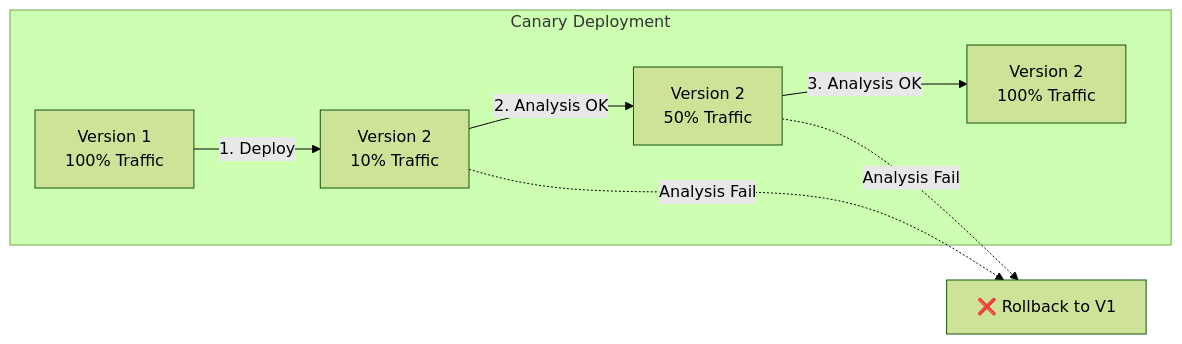
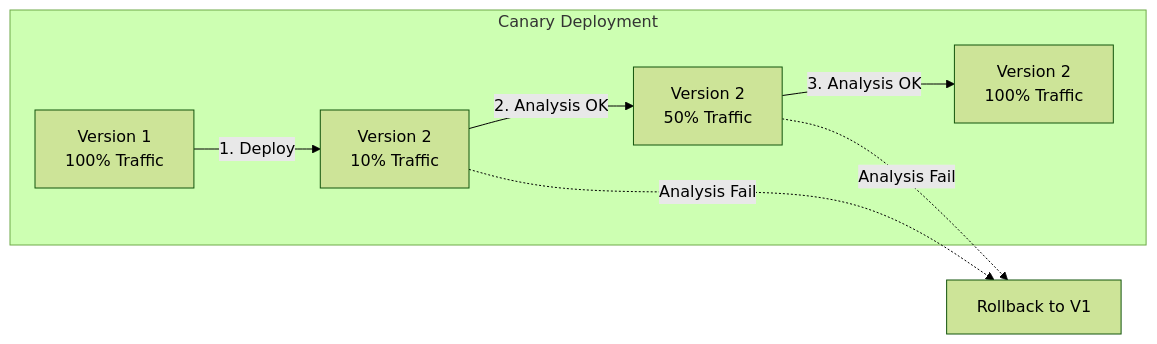
One commit to juwon8891/juwon8891.github.io changed the fourth of 12 diagrams in docs/cicd/week6-argocd-final.md. Above: the diagram before and after it, drawn with Mermaid (forest theme). The commit also changed other lines of this file and 25 other files, not shown here.

````diff
--- a/docs/cicd/week6-argocd-final.md
+++ b/docs/cicd/week6-argocd-final.md
@@ -322,16 +319,16 @@
 ```mermaid
 graph LR
     subgraph "Canary Deployment"
         V1[Version 1<br/>100% Traffic]
         V2A[Version 2<br/>10% Traffic]
         V2B[Version 2<br/>50% Traffic]
         V2C[Version 2<br/>100% Traffic]
     end
 
     V1 -->|1. Deploy| V2A
     V2A -->|2. Analysis OK| V2B
     V2B -->|3. Analysis OK| V2C
-    V2A -.->|Analysis Fail| ROLLBACK[❌ Rollback to V1]
+    V2A -.->|Analysis Fail| ROLLBACK[Rollback to V1]
     V2B -.->|Analysis Fail| ROLLBACK
 
 ```
````
